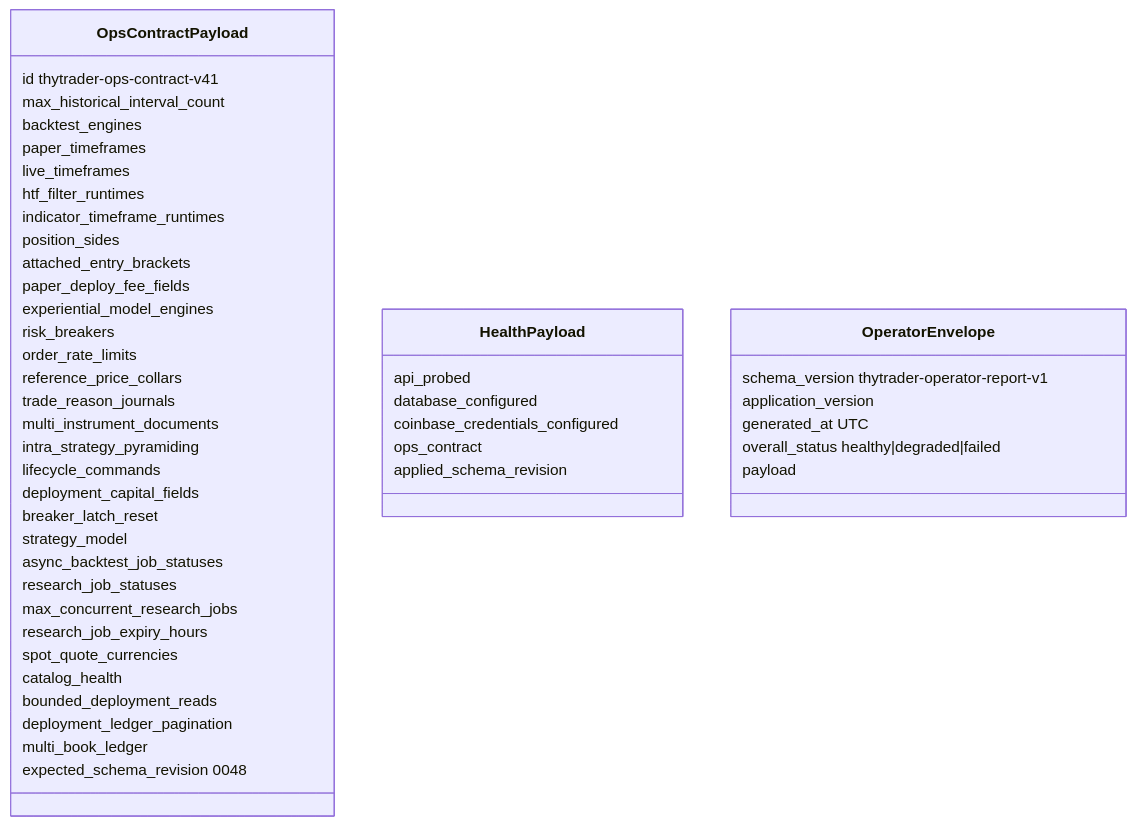
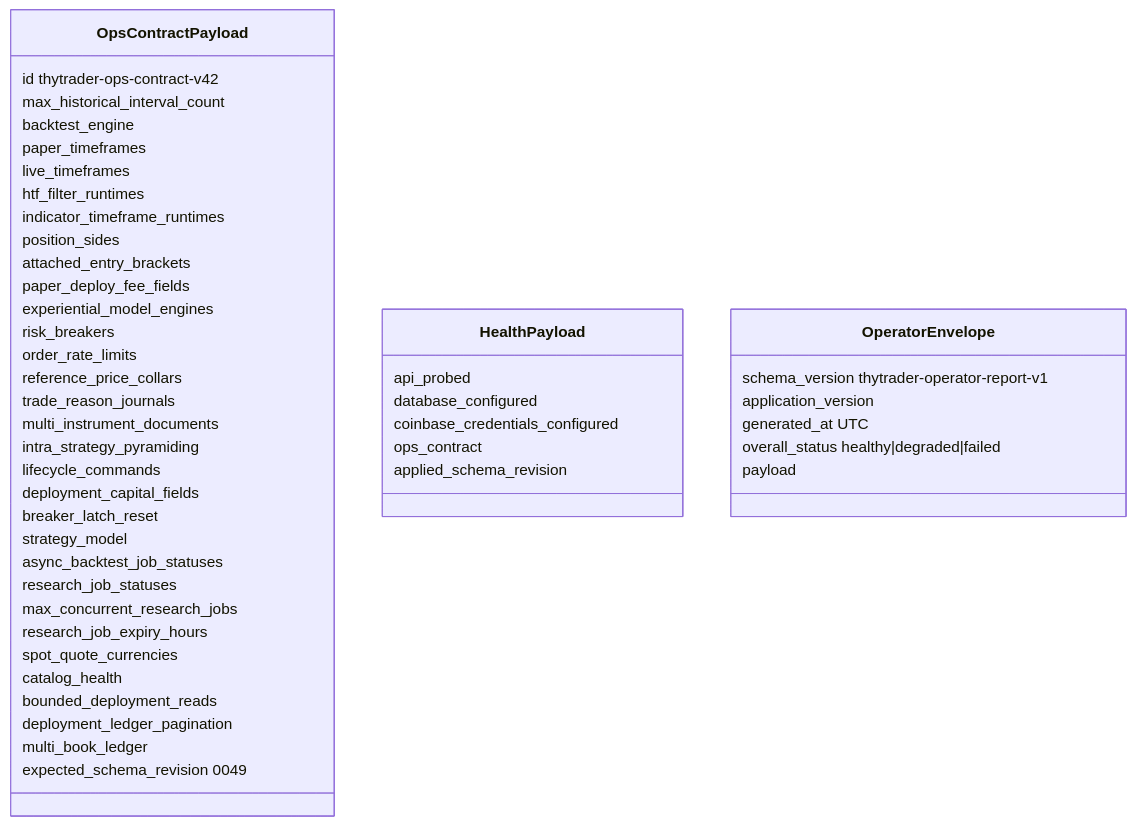
Before and after one commit to Zoltesh/thytrader: the diagram in docs/architecture/contracts/ops-contract.md, drawn with Mermaid. The commit also changed other lines of this file and 125 other files, not shown here.

````diff
--- a/docs/architecture/contracts/ops-contract.md
+++ b/docs/architecture/contracts/ops-contract.md
@@ -46,50 +46,50 @@
 ```mermaid
 classDiagram
   class OpsContractPayload {
-    id thytrader-ops-contract-v41
+    id thytrader-ops-contract-v42
     max_historical_interval_count
-    backtest_engines
+    backtest_engine
     paper_timeframes
     live_timeframes
     htf_filter_runtimes
     indicator_timeframe_runtimes
     position_sides
     attached_entry_brackets
     paper_deploy_fee_fields
     experiential_model_engines
     risk_breakers
     order_rate_limits
     reference_price_collars
     trade_reason_journals
     multi_instrument_documents
     intra_strategy_pyramiding
     lifecycle_commands
     deployment_capital_fields
     breaker_latch_reset
     strategy_model
     async_backtest_job_statuses
     research_job_statuses
     max_concurrent_research_jobs
     research_job_expiry_hours
     spot_quote_currencies
     catalog_health
     bounded_deployment_reads
     deployment_ledger_pagination
     multi_book_ledger
-    expected_schema_revision 0048
+    expected_schema_revision 0049
   }
   class HealthPayload {
     api_probed
     database_configured
     coinbase_credentials_configured
     ops_contract
     applied_schema_revision
   }
   class OperatorEnvelope {
     schema_version thytrader-operator-report-v1
     application_version
     generated_at UTC
     overall_status healthy|degraded|failed
     payload
   }
 ```
````
